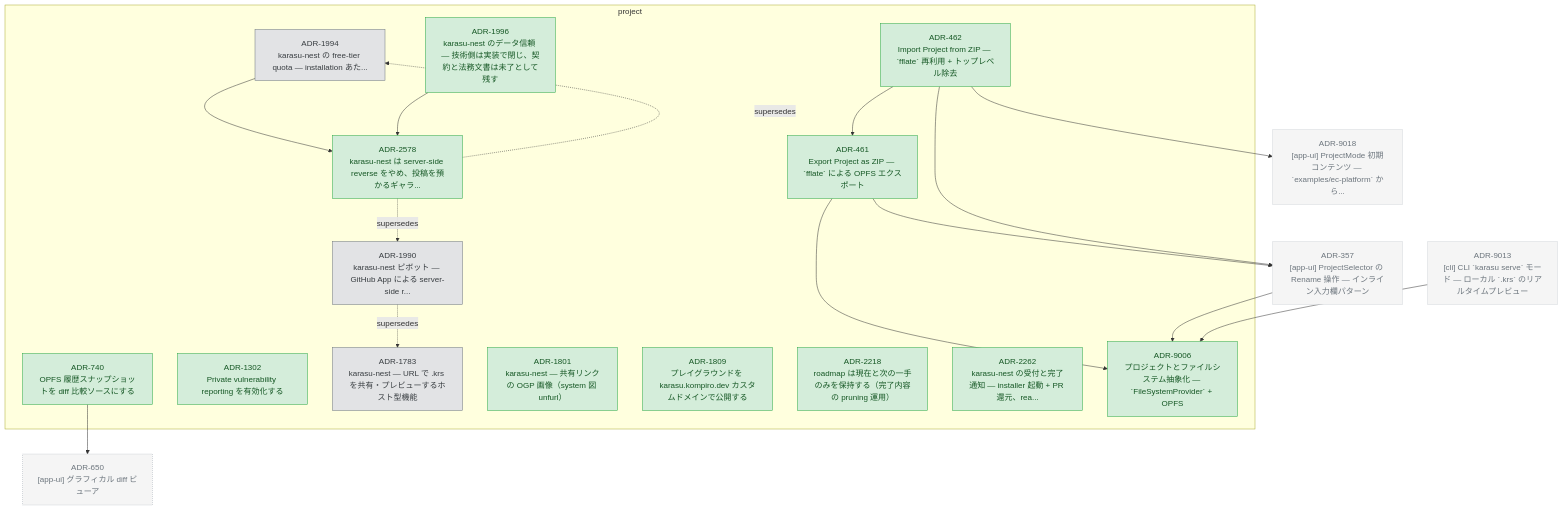
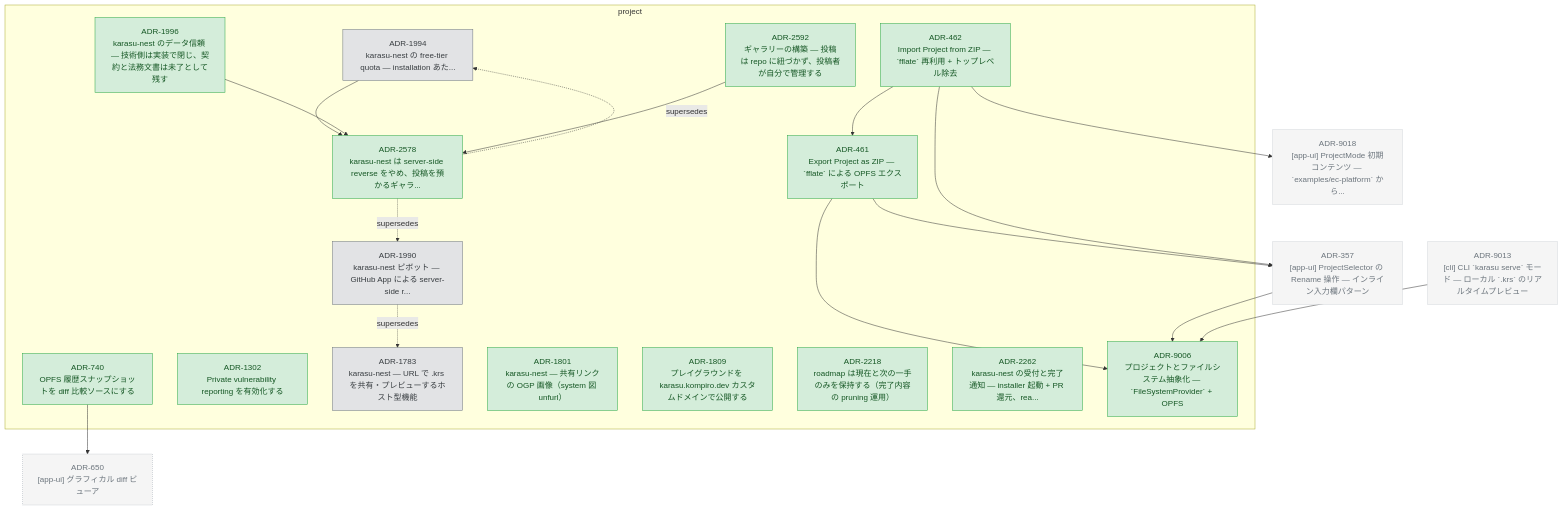
The diagram in docs/adr/graph/project.md (kompiro/karasu), drawn with Mermaid before and after one commit. The commit also changed 5 other files, not shown here.

````diff
--- a/docs/adr/graph/project.md
+++ b/docs/adr/graph/project.md
@@ -6,61 +6,64 @@
 ```mermaid
 flowchart TD
   subgraph project["project"]
     ADR_461["ADR-461<br/>Export Project as ZIP — `fflate` による OPFS エクスポート"]
     ADR_462["ADR-462<br/>Import Project from ZIP — `fflate` 再利用 + トップレベル除去"]
     ADR_740["ADR-740<br/>OPFS 履歴スナップショットを diff 比較ソースにする"]
     ADR_1302["ADR-1302<br/>Private vulnerability reporting を有効化する"]
     ADR_1783["ADR-1783<br/>karasu-nest — URL で .krs を共有・プレビューするホスト型機能"]
     ADR_1801["ADR-1801<br/>karasu-nest — 共有リンクの OGP 画像（system 図 unfurl）"]
     ADR_1809["ADR-1809<br/>プレイグラウンドを karasu.kompiro.dev カスタムドメインで公開する"]
     ADR_1990["ADR-1990<br/>karasu-nest ピボット — GitHub App による server-side r..."]
     ADR_1994["ADR-1994<br/>karasu-nest の free-tier quota — installation あた..."]
     ADR_1996["ADR-1996<br/>karasu-nest のデータ信頼 — 技術側は実装で閉じ、契約と法務文書は未了として残す"]
     ADR_2218["ADR-2218<br/>roadmap は現在と次の一手のみを保持する（完了内容の pruning 運用）"]
     ADR_2262["ADR-2262<br/>karasu-nest の受付と完了通知 — installer 起動 + PR 還元、rea..."]
     ADR_2578["ADR-2578<br/>karasu-nest は server-side reverse をやめ、投稿を預かるギャラ..."]
+    ADR_2592["ADR-2592<br/>ギャラリーの構築 — 投稿は repo に紐づかず、投稿者が自分で管理する"]
     ADR_9006["ADR-9006<br/>プロジェクトとファイルシステム抽象化 — `FileSystemProvider` + OPFS"]
   end
   ADR_357["ADR-357<br/>[app-ui] ProjectSelector の Rename 操作 — インライン入力欄パターン"]
   ADR_650["ADR-650<br/>[app-ui] グラフィカル diff ビューア"]
   ADR_9013["ADR-9013<br/>[cli] CLI `karasu serve` モード — ローカル `.krs` のリアルタイムプレビュー"]
   ADR_9018["ADR-9018<br/>[app-ui] ProjectMode 初期コンテンツ — `examples/ec-platform` から..."]
   ADR_461 --> ADR_9006
   ADR_461 --> ADR_357
   ADR_462 --> ADR_357
   ADR_462 --> ADR_9018
   ADR_462 --> ADR_461
   ADR_740 --> ADR_650
   ADR_1994 --> ADR_2578
   ADR_1996 --> ADR_2578
+  ADR_2592 --> ADR_2578
   ADR_357 --> ADR_9006
   ADR_9013 --> ADR_9006
   ADR_1990 -.supersedes.-> ADR_1783
   ADR_2578 -.supersedes.-> ADR_1990
   ADR_2578 -.supersedes.-> ADR_1994
 
   classDef accepted fill:#d4edda,stroke:#28a745,color:#155724
   classDef proposed fill:#fff3cd,stroke:#ffc107,color:#856404
   classDef deprecated fill:#f8d7da,stroke:#dc3545,color:#721c24
   classDef superseded fill:#e2e3e5,stroke:#6c757d,color:#383d41
   classDef not_adopted fill:#e2e3e5,stroke:#6c757d,color:#383d41,stroke-dasharray:3 3
   classDef ghost fill:#f5f5f5,stroke:#adb5bd,color:#6c757d,stroke-dasharray:2 2
   class ADR_461 accepted
   class ADR_462 accepted
   class ADR_740 accepted
   class ADR_1302 accepted
   class ADR_1783 superseded
   class ADR_1801 accepted
   class ADR_1809 accepted
   class ADR_1990 superseded
   class ADR_1994 superseded
   class ADR_1996 accepted
   class ADR_2218 accepted
   class ADR_2262 accepted
   class ADR_2578 accepted
+  class ADR_2592 accepted
   class ADR_9006 accepted
   class ADR_357 ghost
   class ADR_650 ghost
   class ADR_9013 ghost
   class ADR_9018 ghost
 ```
````
